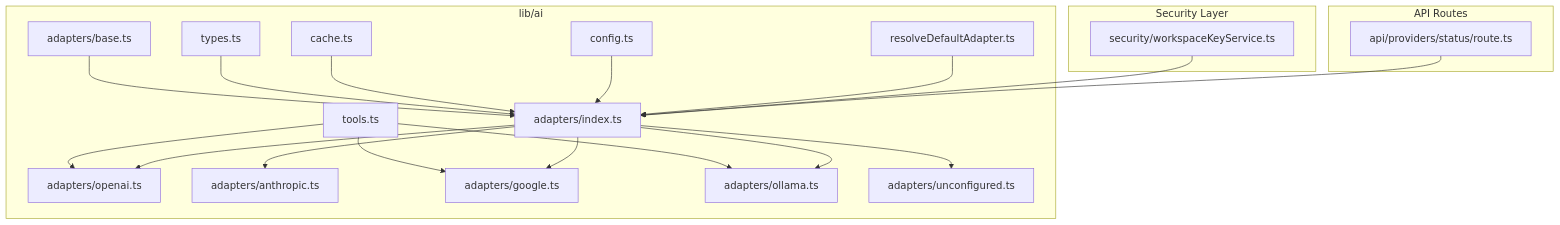
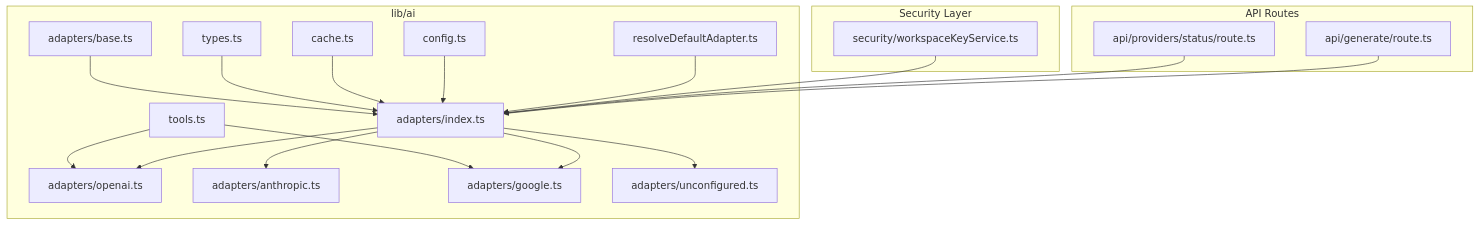
One commit to shekhargiri005-dotcom/AI-powered-accessibility-first-UI-engine changed the first of 10 diagrams in .qoder/repowiki/en/content/Architecture & Design/Layered Architecture/Business Logic Layer/AI Provider Adapter System.md. Above: the diagram before and after it, drawn with Mermaid. The commit also changed other lines of this file and 6 other files, not shown here.

First line of the commit message:
fix: VersionTimeline visibility and reduce inactivity timeout to 15min

````diff
--- a/.qoder/repowiki/en/content/Architecture & Design/Layered Architecture/Business Logic Layer/AI Provider Adapter System.md
+++ b/.qoder/repowiki/en/content/Architecture & Design/Layered Architecture/Business Logic Layer/AI Provider Adapter System.md
@@ -56,38 +59,37 @@
 ```mermaid
 graph TB
 subgraph "lib/ai"
 BASE["adapters/base.ts"]
 TYPES["types.ts"]
 TOOLS["tools.ts"]
 CACHE["cache.ts"]
 IDX["adapters/index.ts"]
 OA["adapters/openai.ts"]
 AA["adapters/anthropic.ts"]
 GA["adapters/google.ts"]
-OLA["adapters/ollama.ts"]
 UCA["adapters/unconfigured.ts"]
 CFG["config.ts"]
 RDA["resolveDefaultAdapter.ts"]
 end
 subgraph "Security Layer"
 WK["security/workspaceKeyService.ts"]
 end
 subgraph "API Routes"
 PS["api/providers/status/route.ts"]
+GR["api/generate/route.ts"]
 end
 BASE --> IDX
 TYPES --> IDX
 TOOLS --> OA
 TOOLS --> GA
-TOOLS --> OLA
 CACHE --> IDX
 IDX --> OA
 IDX --> AA
 IDX --> GA
-IDX --> OLA
 IDX --> UCA
 CFG --> IDX
 RDA --> IDX
 WK --> IDX
 PS --> IDX
+GR --> IDX
 ```
````
